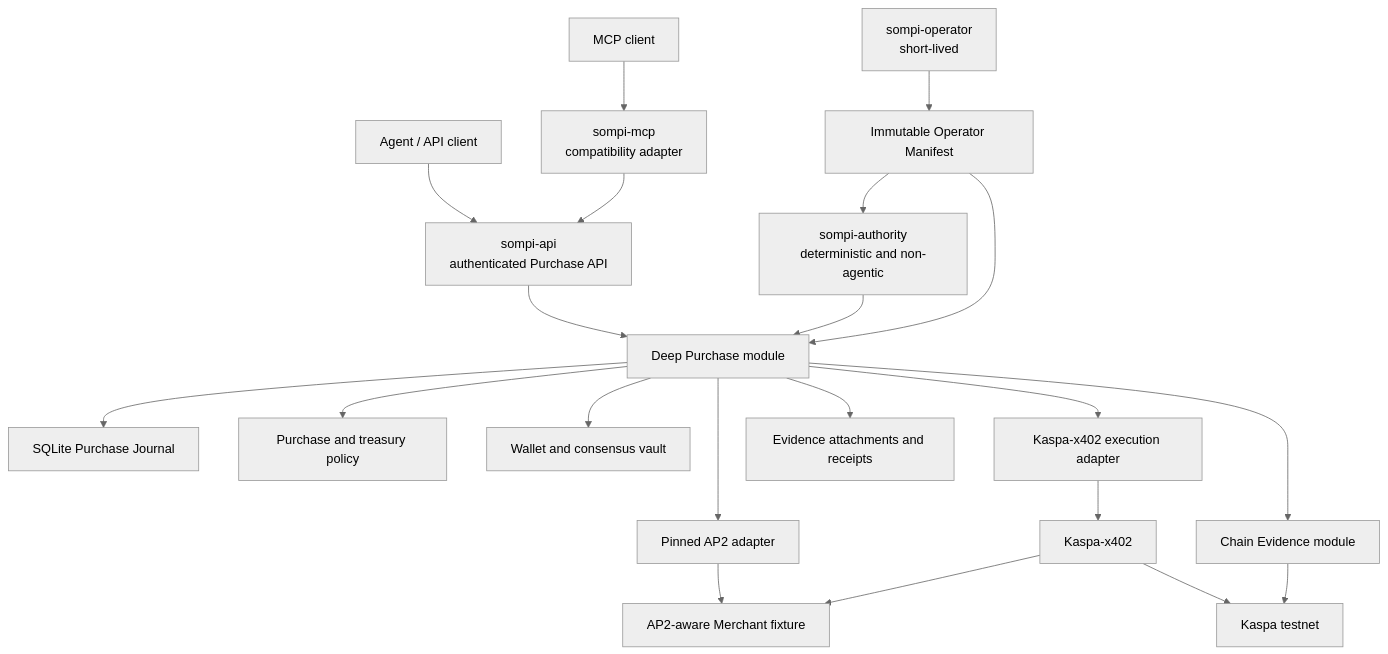
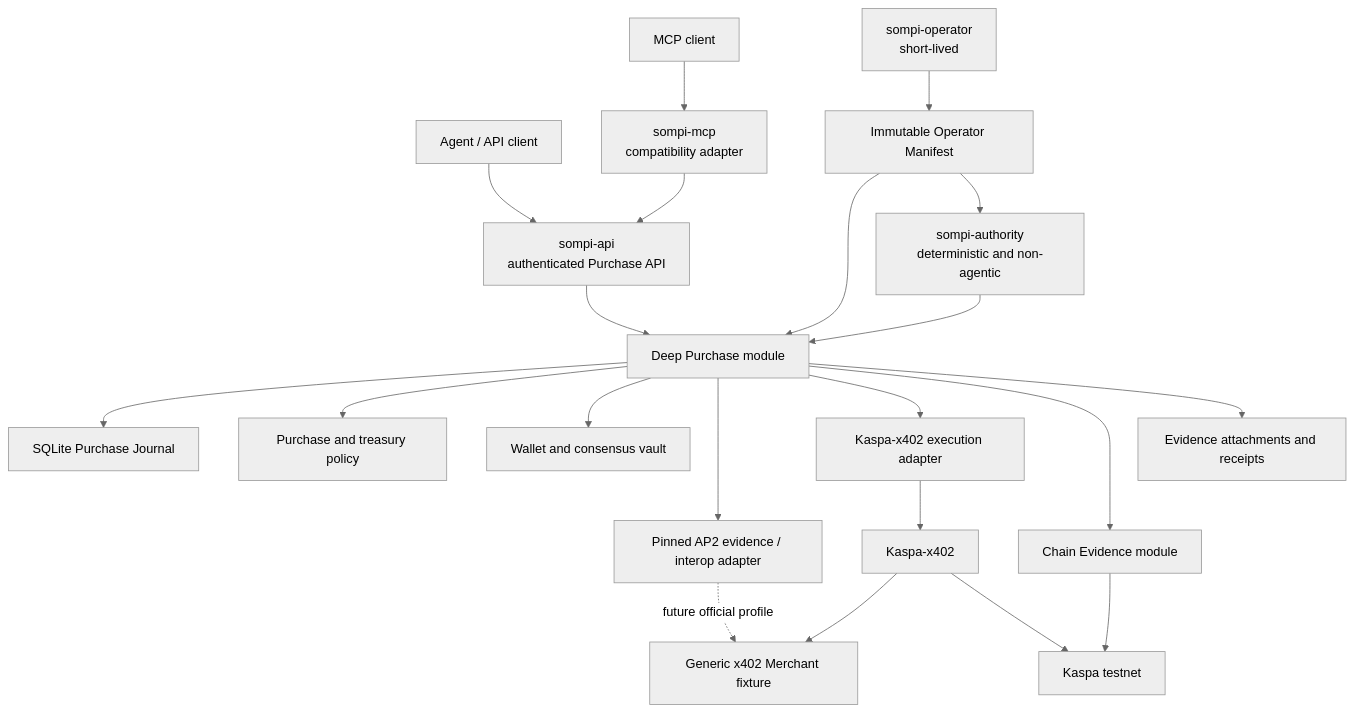
Before and after one commit to elldeeone/sompi: the first of 3 diagrams in docs/architecture/SOMPI_ARCHITECTURE.md, drawn with Mermaid (neutral theme). The commit also changed other lines of this file and 9 other files, not shown here.

Commit message:
Define generic x402 merchant cutover

````diff
--- a/docs/architecture/SOMPI_ARCHITECTURE.md
+++ b/docs/architecture/SOMPI_ARCHITECTURE.md
@@ -32,26 +33,26 @@
 ```mermaid
 flowchart TD
     Agent["Agent / API client"] --> API["sompi-api\nauthenticated Purchase API"]
     MCPClient["MCP client"] --> MCP["sompi-mcp\ncompatibility adapter"]
     MCP --> API
     API --> Purchase["Deep Purchase module"]
     Authority["sompi-authority\ndeterministic and non-agentic"] --> Purchase
     Operator["sompi-operator\nshort-lived"] --> Manifest["Immutable Operator Manifest"]
     Manifest --> Purchase
     Manifest --> Authority
 
     Purchase --> Journal["SQLite Purchase Journal"]
     Purchase --> Policy["Purchase and treasury policy"]
     Purchase --> Vault["Wallet and consensus vault"]
-    Purchase --> AP2["Pinned AP2 adapter"]
+    Purchase --> AP2["Pinned AP2 evidence / interop adapter"]
     Purchase --> X402["Kaspa-x402 execution adapter"]
     Purchase --> Chain["Chain Evidence module"]
 
-    AP2 --> Merchant["AP2-aware Merchant fixture"]
     X402 --> KX["Kaspa-x402"]
-    KX --> Merchant
+    KX --> Merchant["Generic x402 Merchant fixture"]
+    AP2 -. "future official profile" .-> Merchant
     KX --> Kaspa["Kaspa testnet"]
     Chain --> Kaspa
 
     Purchase --> Evidence["Evidence attachments and receipts"]
 ```
````
